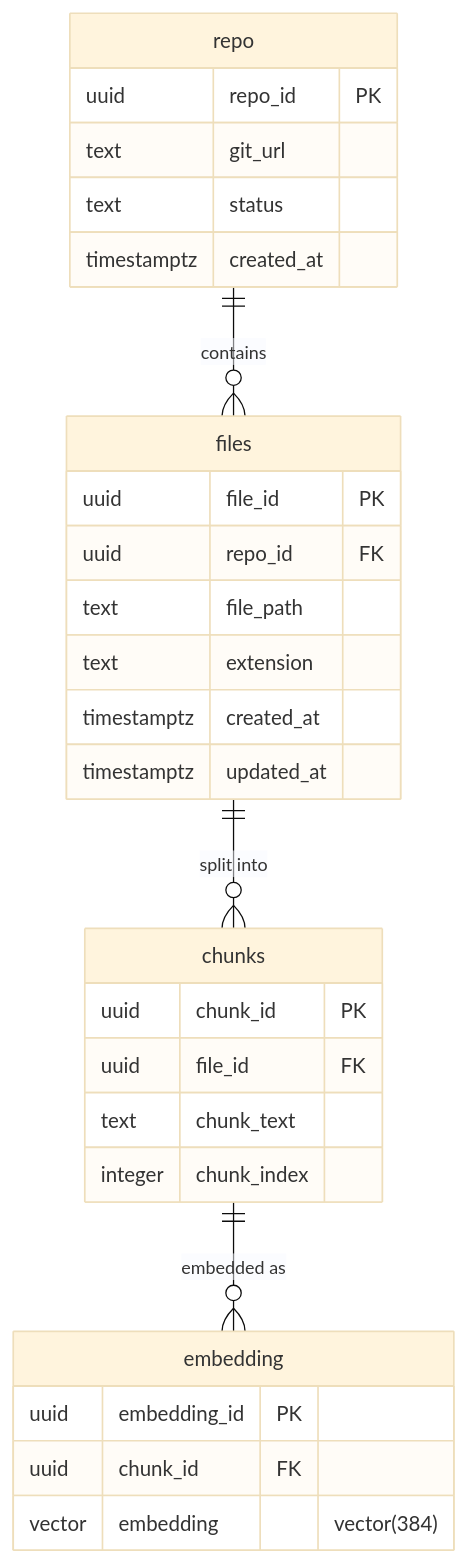
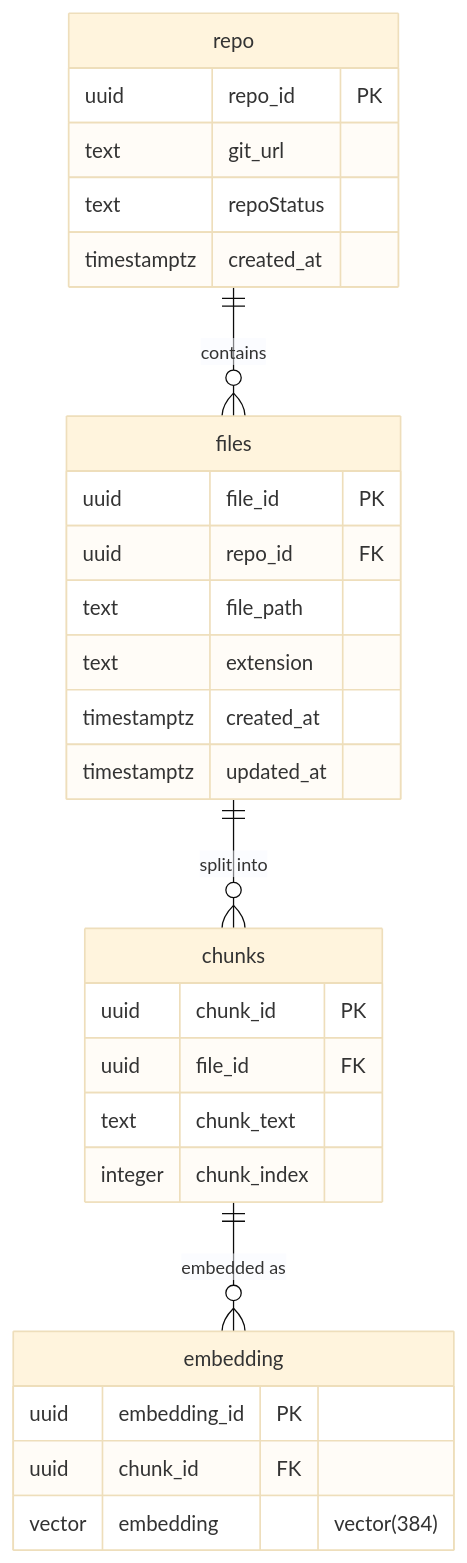
The first of 2 diagrams in README.md (Dhaval-x96/rag-assistant), drawn with Mermaid (base theme) before and after one commit. The commit also changed 8 other files, not shown here.

````diff
--- a/README.md
+++ b/README.md
@@ -20,32 +20,32 @@
 ```mermaid
 erDiagram
     repo ||--o{ files : contains
     files ||--o{ chunks : "split into"
     chunks ||--o{ embedding : "embedded as"
 
     repo {
         uuid repo_id PK
         text git_url
-        text status
+        text repoStatus
         timestamptz created_at
     }
     files {
         uuid file_id PK
         uuid repo_id FK
         text file_path
         text extension
         timestamptz created_at
         timestamptz updated_at
     }
     chunks {
         uuid chunk_id PK
         uuid file_id FK
         text chunk_text
         integer chunk_index
     }
     embedding {
         uuid embedding_id PK
         uuid chunk_id FK
         vector embedding "vector(384)"
     }
 ```
````
